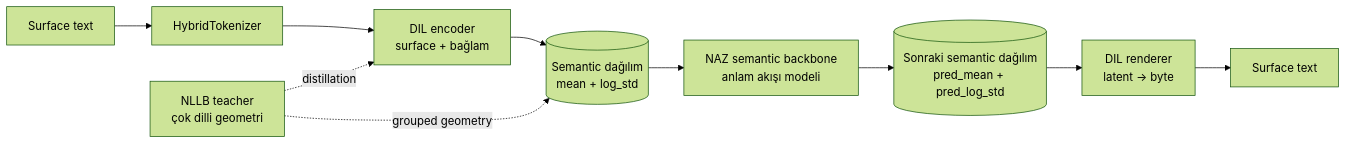
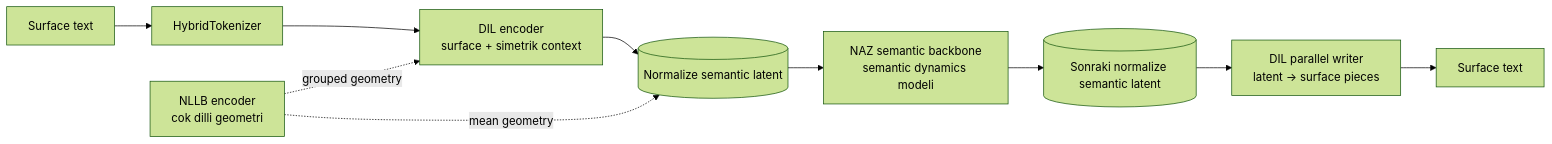
One commit to NumanKaanKaratas/Dilnaz changed the diagram in README.tr.md. Above: the diagram before and after it, drawn with Mermaid (forest theme). The commit also changed other lines of this file and 1 other file, not shown here.

Commit message:
Update README files to clarify project structure and model descriptions, enhancing the explanation of DIL and NAZ functionalities and their interactions.

````diff
--- a/README.tr.md
+++ b/README.tr.md
@@ -28,12 +22,12 @@
 ```mermaid
 flowchart LR
     A[Surface text] --> B[HybridTokenizer]
-    B --> C[DIL encoder<br/>surface + bağlam]
-    C --> D[(Semantic dağılım<br/>mean + log_std)]
-    D --> E[NAZ semantic backbone<br/>anlam akışı modeli]
-    E --> F[(Sonraki semantic dağılım<br/>pred_mean + pred_log_std)]
-    F --> G[DIL renderer<br/>latent -> byte]
+    B --> C[DIL encoder<br/>surface + simetrik context]
+    C --> D[(Normalize semantic latent)]
+    D --> E[NAZ semantic backbone<br/>semantic dynamics modeli]
+    E --> F[(Sonraki normalize semantic latent)]
+    F --> G[DIL parallel writer<br/>latent -> surface pieces]
     G --> H[Surface text]
-    T[NLLB teacher<br/>çok dilli geometri] -. distillation .-> C
-    T -. grouped geometry .-> D
+    T[NLLB encoder<br/>cok dilli geometri] -. grouped geometry .-> C
+    T -. mean geometry .-> D
 ```
````
